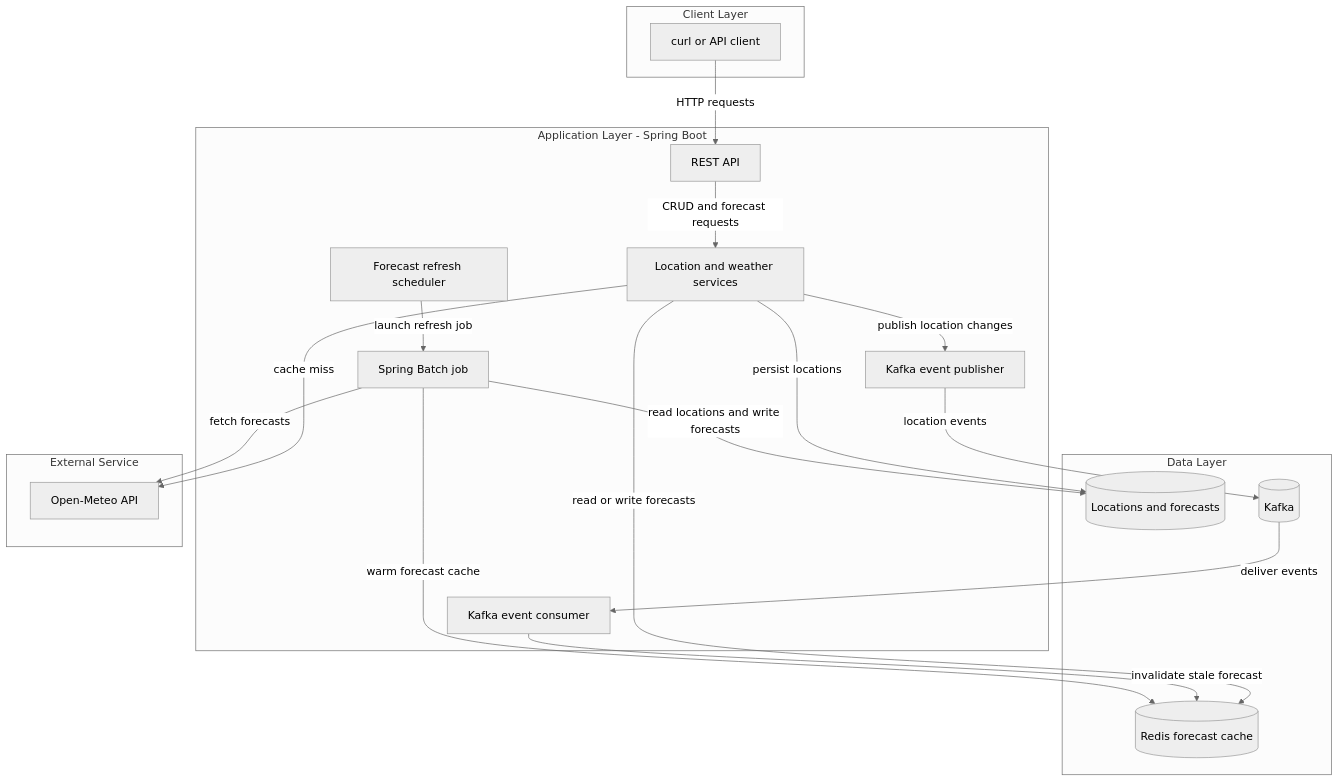
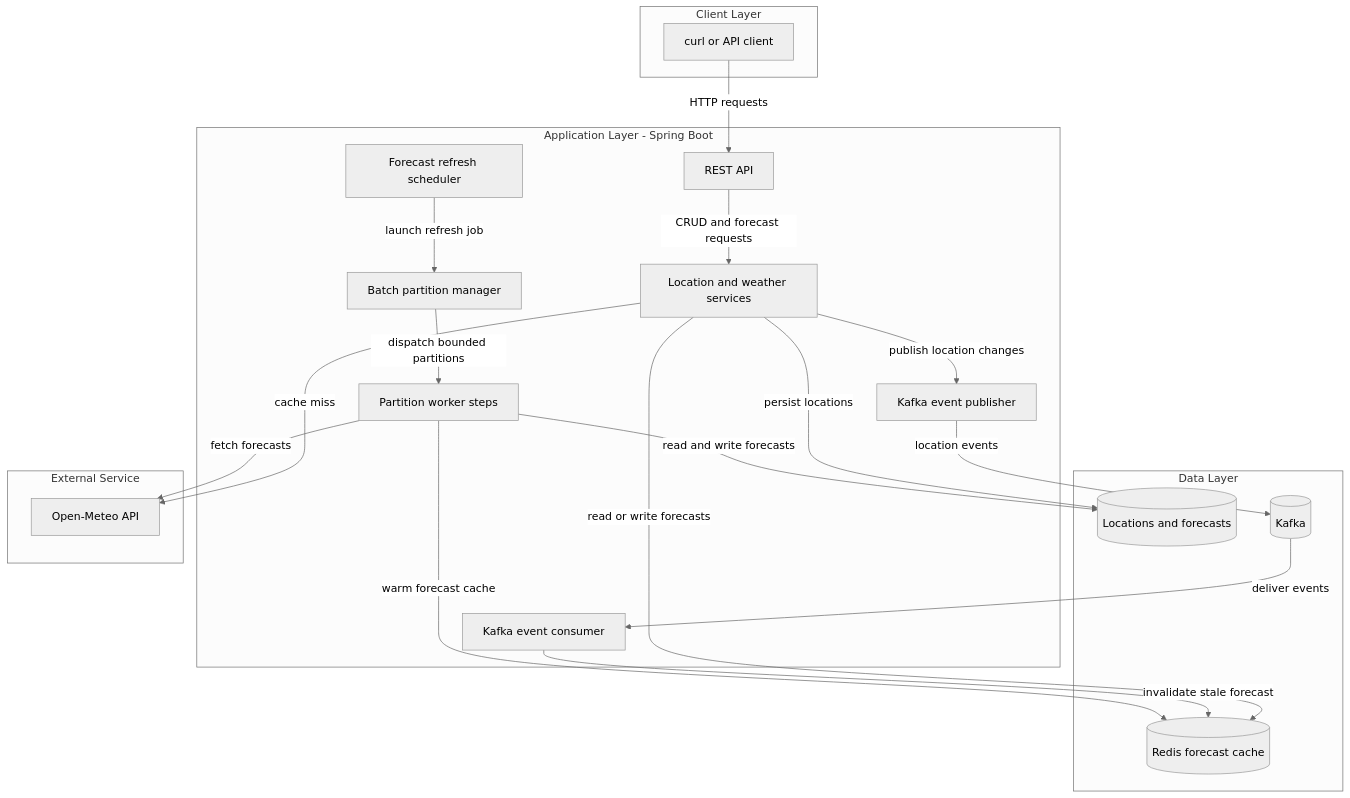
Before and after one commit to AfifRana/sandbox: the first of 2 diagrams in .github/modernize/assessment/engines/facts/architecture-diagram.md, drawn with Mermaid (neutral theme). The commit also changed other lines of this file and 2 other files, not shown here.

Commit message:
Refine architecture documentation and README for containerized Weather Watch project

````diff
--- a/.github/modernize/assessment/engines/facts/architecture-diagram.md
+++ b/.github/modernize/assessment/engines/facts/architecture-diagram.md
@@ -8,36 +8,38 @@
 ```mermaid
 flowchart TD
     subgraph Client["Client Layer"]
         Demo["curl or API client"]
     end
     subgraph App["Application Layer - Spring Boot"]
         Api["REST API"]
         Service["Location and weather services"]
         Producer["Kafka event publisher"]
         Consumer["Kafka event consumer"]
         Scheduler["Forecast refresh scheduler"]
-        Batch["Spring Batch job"]
+        Manager["Batch partition manager"]
+        Worker["Partition worker steps"]
     end
     subgraph Data["Data Layer"]
         Pg[("Locations and forecasts")]
         Cache[("Redis forecast cache")]
         Kafka[("Kafka")]
     end
     subgraph External["External Service"]
         Meteo["Open-Meteo API"]
     end
 
     Demo -->|"HTTP requests"| Api
     Api -->|"CRUD and forecast requests"| Service
     Service -->|"persist locations"| Pg
     Service -->|"read or write forecasts"| Cache
     Service -->|"cache miss"| Meteo
     Service -->|"publish location changes"| Producer
     Producer -->|"location events"| Kafka
     Kafka -->|"deliver events"| Consumer
     Consumer -->|"invalidate stale forecast"| Cache
-    Scheduler -->|"launch refresh job"| Batch
-    Batch -->|"read locations and write forecasts"| Pg
-    Batch -->|"fetch forecasts"| Meteo
-    Batch -->|"warm forecast cache"| Cache
+    Scheduler -->|"launch refresh job"| Manager
+    Manager -->|"dispatch bounded partitions"| Worker
+    Worker -->|"read and write forecasts"| Pg
+    Worker -->|"fetch forecasts"| Meteo
+    Worker -->|"warm forecast cache"| Cache
 ```
````
